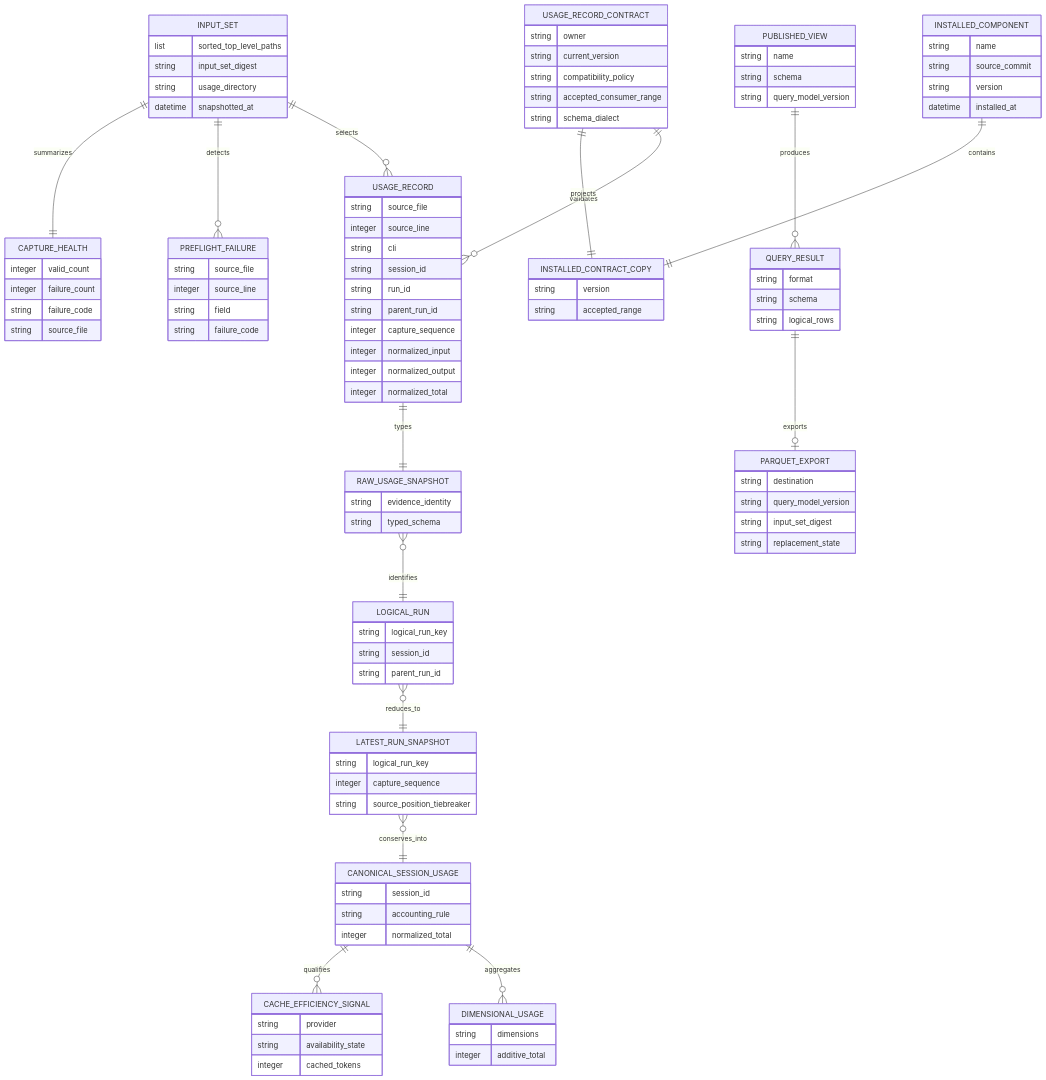
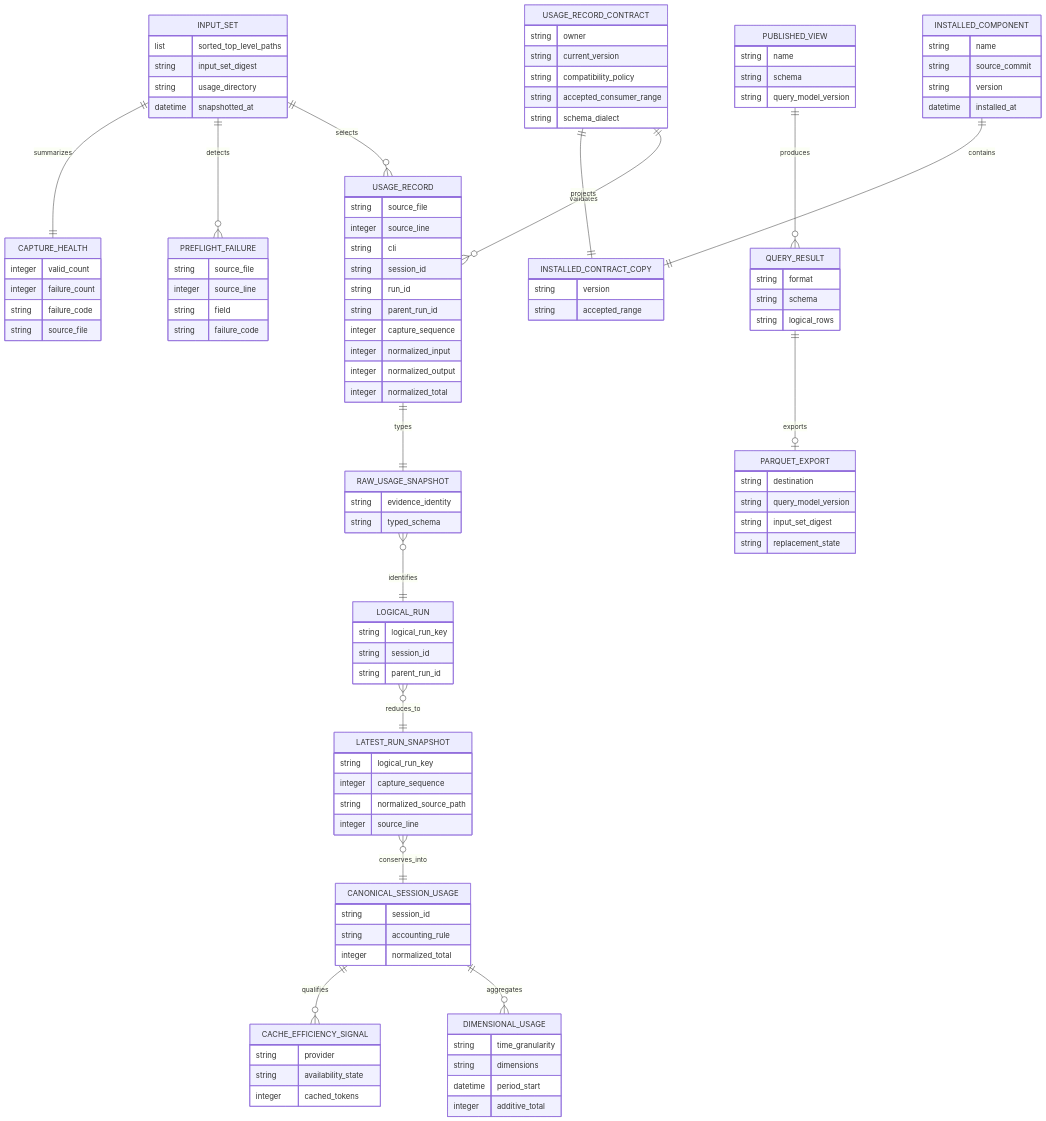
One commit to matthiasdaues/agent_factory changed the fourth of 4 diagrams in docs/spec/supplementary_specs/entity-model.md. Above: the diagram before and after it, drawn with Mermaid. The commit also changed other lines of this file and 9 other files, not shown here.

```diff
--- a/docs/spec/supplementary_specs/entity-model.md
+++ b/docs/spec/supplementary_specs/entity-model.md
@@ -394,7 +372,8 @@
     LATEST_RUN_SNAPSHOT {
         string logical_run_key
         integer capture_sequence
-        string source_position_tiebreaker
+        string normalized_source_path
+        integer source_line
     }
     CANONICAL_SESSION_USAGE {
         string session_id
@@ -402,7 +381,9 @@
         integer normalized_total
     }
     DIMENSIONAL_USAGE {
+        string time_granularity
         string dimensions
+        datetime period_start
         integer additive_total
     }
     CACHE_EFFICIENCY_SIGNAL {
```
